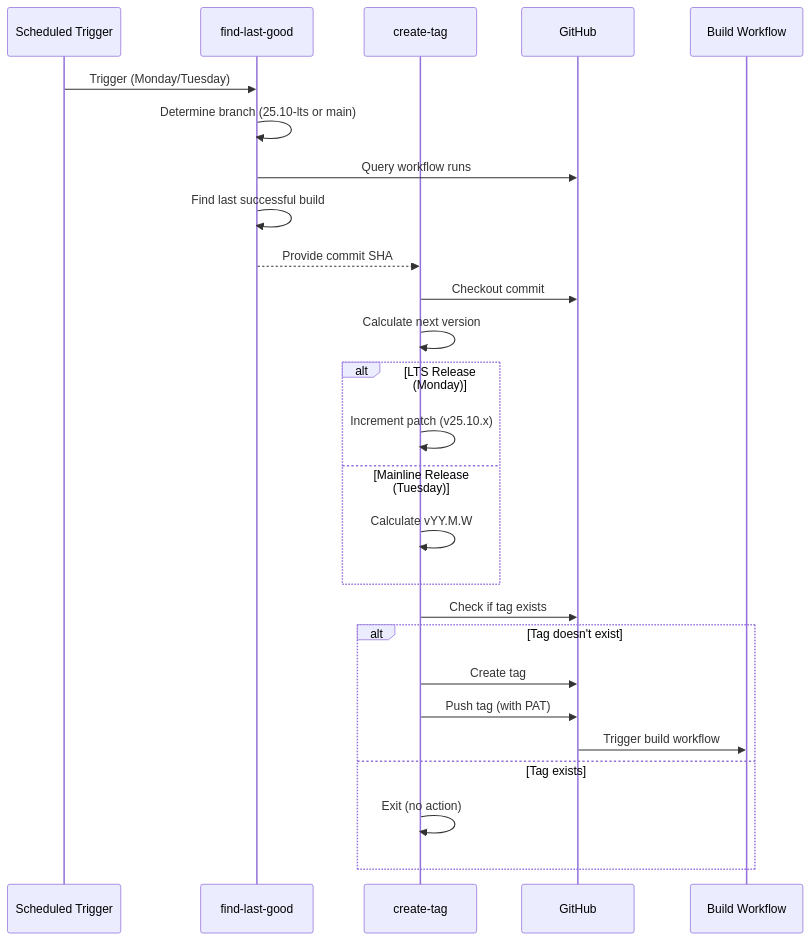
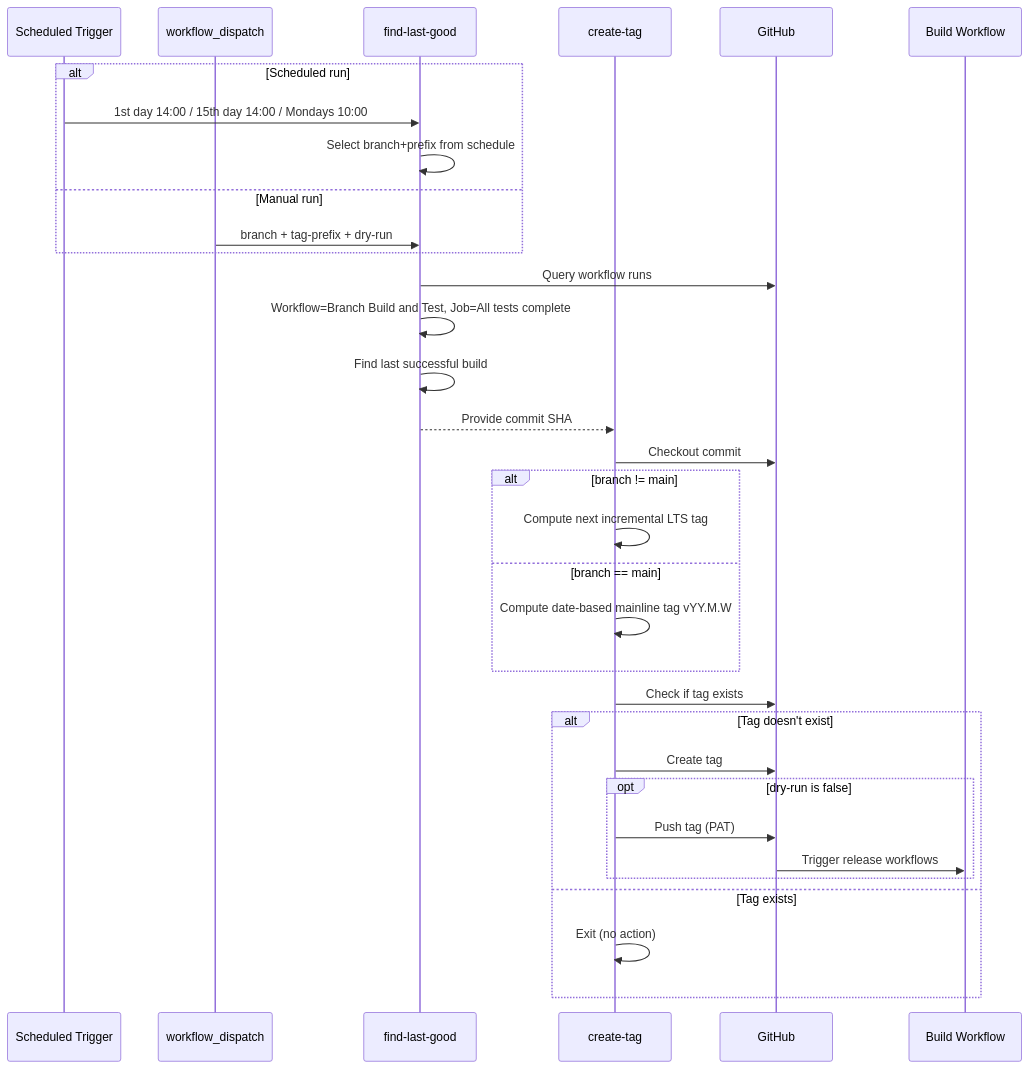
The fourth of 6 diagrams in .github/workflows/README.md (FluentDo/agent), drawn with Mermaid before and after one commit. The commit also changed other lines of this file, not shown here.

Commit message:
docs: update diagrams

````diff
--- a/.github/workflows/README.md
+++ b/.github/workflows/README.md
@@ -955,33 +927,40 @@
 ```mermaid
 sequenceDiagram
     participant Cron as Scheduled Trigger
+  participant Manual as workflow_dispatch
     participant Find as find-last-good
     participant Tag as create-tag
     participant GH as GitHub
     participant Build as Build Workflow
 
-    Cron->>Find: Trigger (Monday/Tuesday)
-    Find->>Find: Determine branch (25.10-lts or main)
+  alt Scheduled run
+    Cron->>Find: 1st day 14:00 / 15th day 14:00 / Mondays 10:00
+    Find->>Find: Select branch+prefix from schedule
+  else Manual run
+    Manual->>Find: branch + tag-prefix + dry-run
+  end
+
     Find->>GH: Query workflow runs
+  Find->>Find: Workflow=Branch Build and Test, Job=All tests complete
     Find->>Find: Find last successful build
     Find-->>Tag: Provide commit SHA
-    
+
     Tag->>GH: Checkout commit
-    Tag->>Tag: Calculate next version
-    
-    alt LTS Release (Monday)
-        Tag->>Tag: Increment patch (v25.10.x)
-    else Mainline Release (Tuesday)
-        Tag->>Tag: Calculate vYY.M.W
+  alt branch != main
+    Tag->>Tag: Compute next incremental LTS tag
+  else branch == main
+    Tag->>Tag: Compute date-based mainline tag vYY.M.W
     end
-    
+
     Tag->>GH: Check if tag exists
-    
+
     alt Tag doesn't exist
         Tag->>GH: Create tag
-        Tag->>GH: Push tag (with PAT)
-        GH->>Build: Trigger build workflow
+    opt dry-run is false
+      Tag->>GH: Push tag (PAT)
+      GH->>Build: Trigger release workflows
+    end
     else Tag exists
         Tag->>Tag: Exit (no action)
     end
 ```
````
